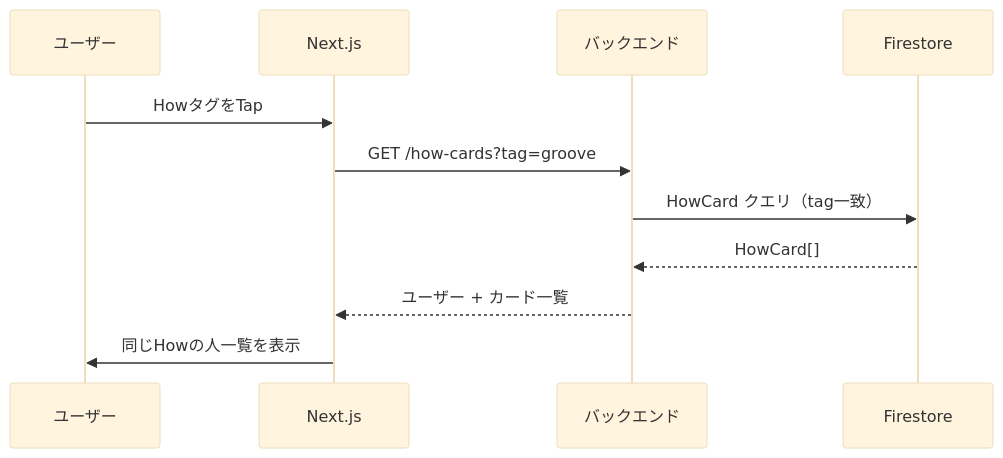
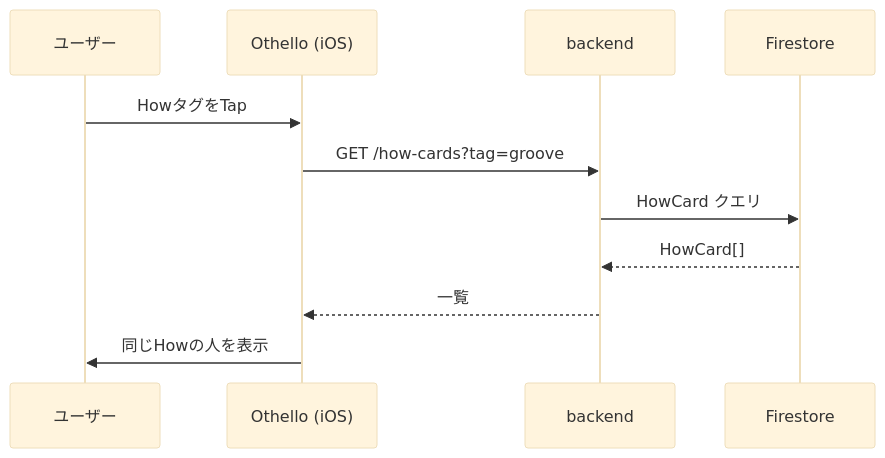
The fourth of 5 diagrams in docs/functional-design.md (engineer-guild-hackathon-2026-05/team-10), drawn with Mermaid (base theme) before and after one commit. The commit also changed other lines of this file and 5 other files, not shown here.

````diff
--- a/docs/functional-design.md
+++ b/docs/functional-design.md
@@ -252,14 +233,14 @@
 ```mermaid
 sequenceDiagram
     participant U as ユーザー
-    participant FE as Next.js
-    participant BE as バックエンド
+    participant App as Othello (iOS)
+    participant BE as backend
     participant DB as Firestore
 
-    U->>FE: HowタグをTap
-    FE->>BE: GET /how-cards?tag=groove
-    BE->>DB: HowCard クエリ（tag一致）
+    U->>App: HowタグをTap
+    App->>BE: GET /how-cards?tag=groove
+    BE->>DB: HowCard クエリ
     DB-->>BE: HowCard[]
-    BE-->>FE: ユーザー + カード一覧
-    FE->>U: 同じHowの人一覧を表示
+    BE-->>App: 一覧
+    App->>U: 同じHowの人を表示
 ```
````
